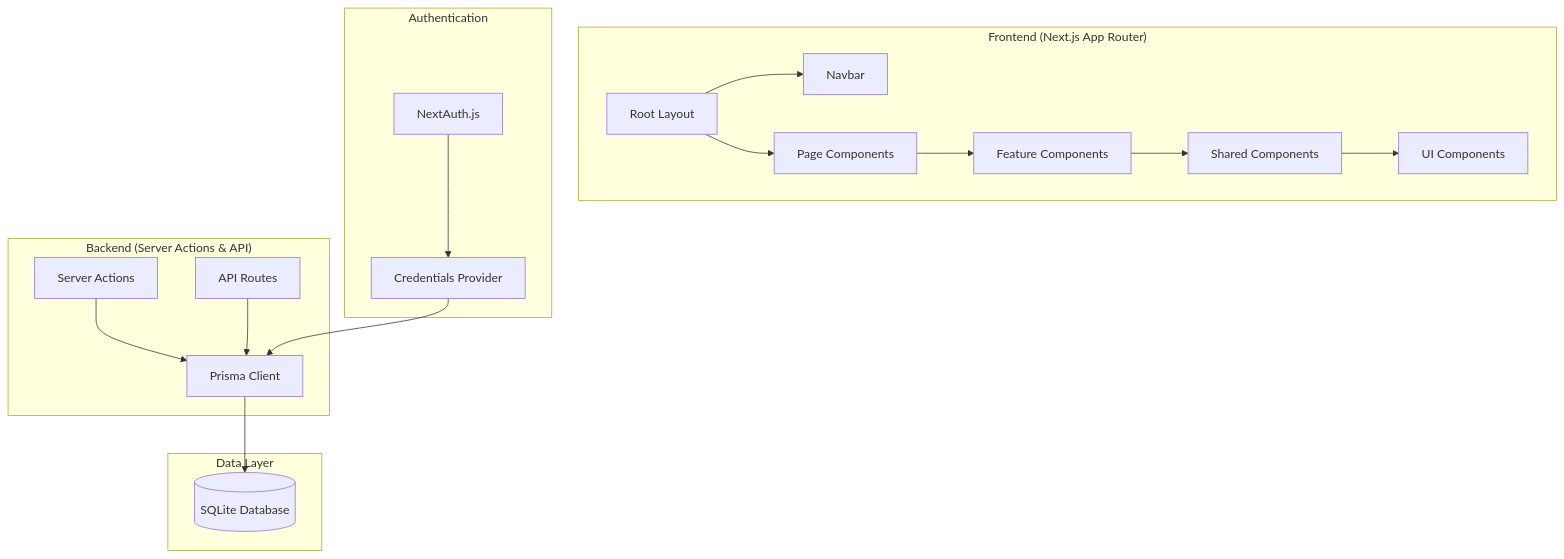
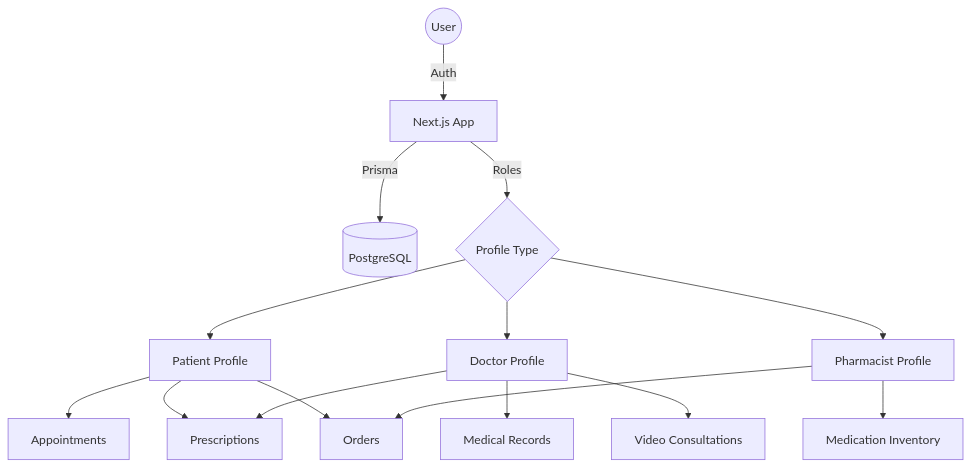
Before and after one commit to gourav04-hash/kaku-web: the diagram in .gsd/ARCHITECTURE.md, drawn with Mermaid. The commit also changed other lines of this file and 2 other files, not shown here.

````diff
--- a/.gsd/ARCHITECTURE.md
+++ b/.gsd/ARCHITECTURE.md
@@ -9,24 +9,20 @@
 ```mermaid
 graph TD
-    subgraph "Frontend (Next.js App Router)"
-        A[Root Layout] --> B[Navbar]
-        A --> C[Page Components]
-        C --> D[Feature Components]
-        D --> E[Shared Components]
-        E --> F[UI Components]
-    end
-
-    subgraph "Backend (Server Actions & API)"
-        G[Server Actions] --> H[Prisma Client]
-        I[API Routes] --> H
-    end
-
-    subgraph "Data Layer"
-        H --> J[(SQLite Database)]
-    end
-
-    subgraph "Authentication"
-        K[NextAuth.js] --> L[Credentials Provider]
-        L --> H
-    end
+    User((User)) -->|Auth| App[Next.js App]
+    App -->|Prisma| DB[(PostgreSQL)]
+    App -->|Roles| Profiles{Profile Type}
+    Profiles --> Patient[Patient Profile]
+    Profiles --> Doctor[Doctor Profile]
+    Profiles --> Pharmacist[Pharmacist Profile]
+    
+    Patient --> Appointments[Appointments]
+    Patient --> Prescriptions[Prescriptions]
+    Patient --> Orders[Orders]
+    
+    Doctor --> Prescriptions
+    Doctor --> Records[Medical Records]
+    Doctor --> Consultations[Video Consultations]
+    
+    Pharmacist --> Orders
+    Pharmacist --> Inventory[Medication Inventory]
 ```
````
